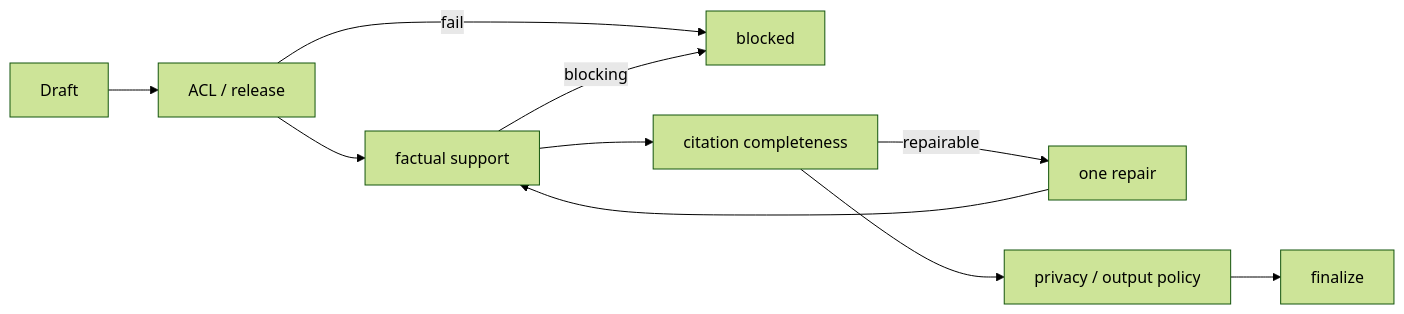
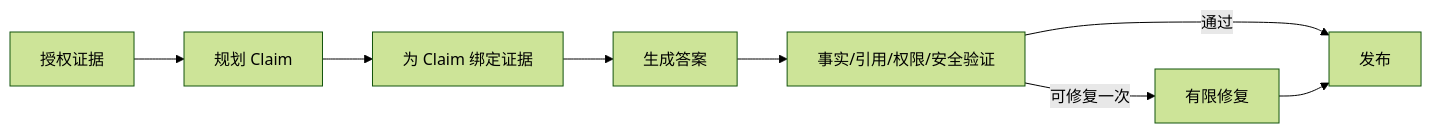
Before and after one commit to upJiang/jiang-blog-vitepress: the diagram in docs/agent-practice/10-claim-evidence-validation.md, drawn with Mermaid (forest theme). The commit also changed other lines of this file and 164 other files, not shown here.

````diff
--- a/docs/agent-practice/10-claim-evidence-validation.md
+++ b/docs/agent-practice/10-claim-evidence-validation.md
@@ -168,12 +21,10 @@
 ```mermaid
 flowchart LR
-  D[Draft] --> A[ACL / release]
-  A -- fail --> B[blocked]
-  A --> F[factual support]
-  F -- blocking --> B
-  F --> C[citation completeness]
-  C -- repairable --> R[one repair]
-  R --> F
-  C --> P[privacy / output policy]
-  P --> Z[finalize]
+  A[授权证据] --> B[规划 Claim]
+  B --> C[为 Claim 绑定证据]
+  C --> D[生成答案]
+  D --> E[事实/引用/权限/安全验证]
+  E -->|通过| F[发布]
+  E -->|可修复一次| G[有限修复]
+  G --> F
 ```
````
